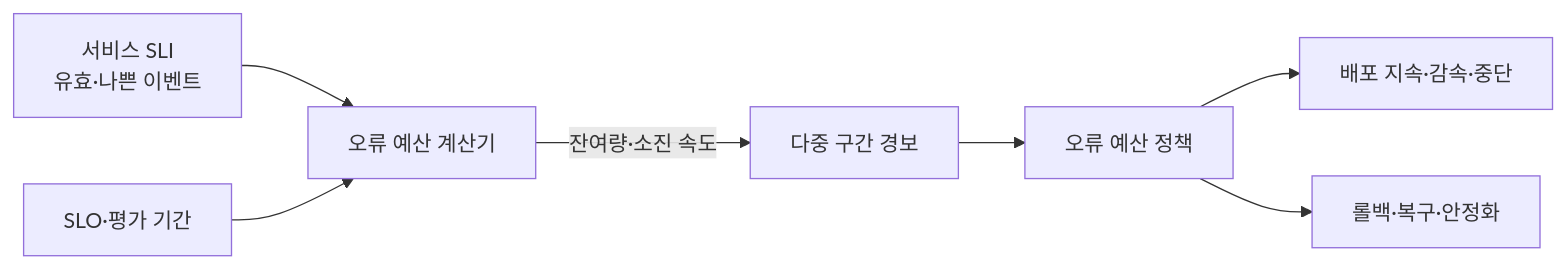
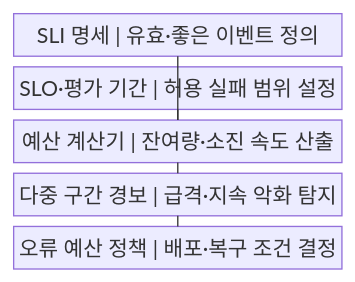
One commit to agnusdei1207/knowledge-base changed the first of 2 diagrams in src/content/docs/notes/03-software/166_error_budget.md. Above: the diagram before and after it, drawn with Mermaid. The commit also changed other lines of this file and 20 other files, not shown here.

````diff
--- a/src/content/docs/notes/03-software/166_error_budget.md
+++ b/src/content/docs/notes/03-software/166_error_budget.md
@@ -56,9 +53,13 @@
 ```mermaid
-flowchart LR
-    S["서비스 SLI<br/>유효·나쁜 이벤트"] --> C["오류 예산 계산기"]
-    O["SLO·평가 기간"] --> C
-    C -->|"잔여량·소진 속도"| A["다중 구간 경보"]
-    A --> P["오류 예산 정책"]
-    P --> D["배포 지속·감속·중단"]
-    P --> R["롤백·복구·안정화"]
+block
+    columns 1
+    A["SLI 명세 | 유효·좋은 이벤트 정의"]
+    B["SLO·평가 기간 | 허용 실패 범위 설정"]
+    C["예산 계산기 | 잔여량·소진 속도 산출"]
+    D["다중 구간 경보 | 급격·지속 악화 탐지"]
+    E["오류 예산 정책 | 배포·복구 조건 결정"]
+    A --- C
+    B --- C
+    C --- D
+    D --- E
 ```
````
